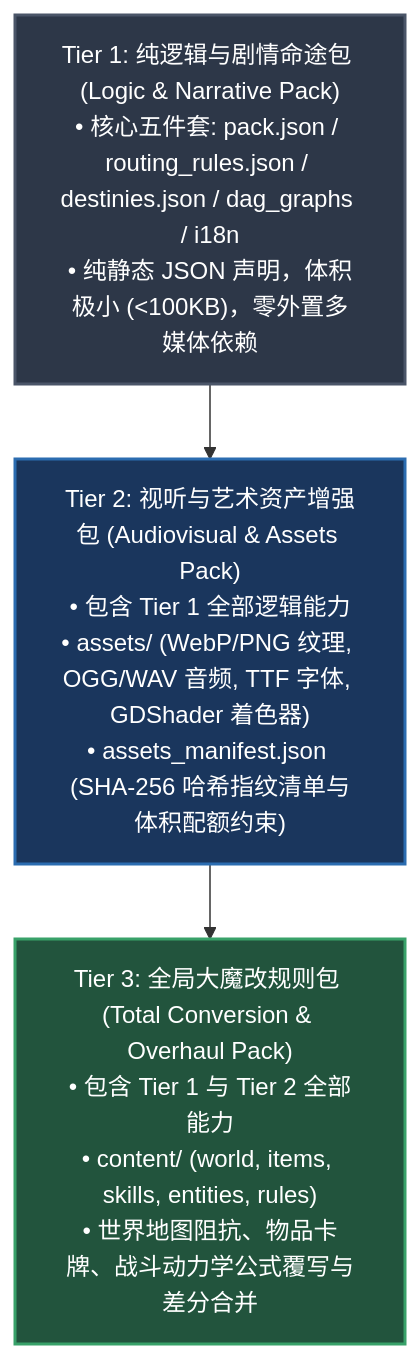
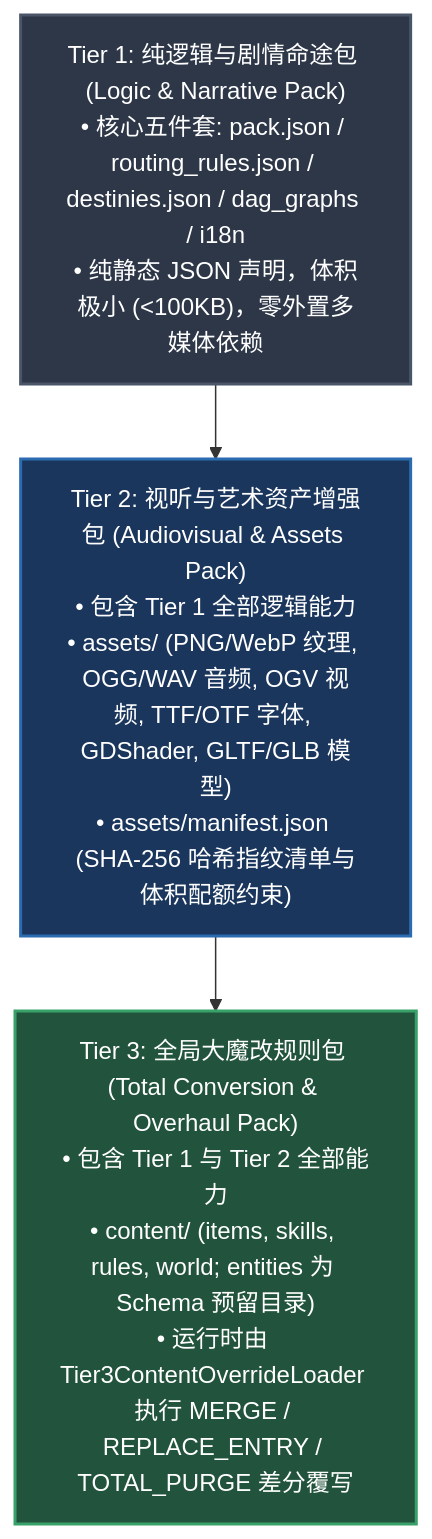
Before and after one commit to guilingzhouyi-creator/vscode-extensions: the first of 2 diagrams in WebGames/mod_sdk/README.md, drawn with Mermaid. The commit also changed other lines of this file and 9 other files, not shown here.

````diff
--- a/WebGames/mod_sdk/README.md
+++ b/WebGames/mod_sdk/README.md
@@ -12,13 +12,13 @@
 ```mermaid
 graph TD
     classDef t1 fill:#2d3748,stroke:#4a5568,stroke-width:2px,color:#fff;
     classDef t2 fill:#1a365d,stroke:#2b6cb0,stroke-width:2px,color:#fff;
     classDef t3 fill:#22543d,stroke:#38a169,stroke-width:2px,color:#fff;
 
     T1["Tier 1: 纯逻辑与剧情命途包 (Logic & Narrative Pack)<br/>• 核心五件套: pack.json / routing_rules.json / destinies.json / dag_graphs / i18n<br/>• 纯静态 JSON 声明，体积极小 (<100KB)，零外置多媒体依赖"]:::t1
-    T2["Tier 2: 视听与艺术资产增强包 (Audiovisual & Assets Pack)<br/>• 包含 Tier 1 全部逻辑能力<br/>• assets/ (WebP/PNG 纹理, OGG/WAV 音频, TTF 字体, GDShader 着色器)<br/>• assets_manifest.json (SHA-256 哈希指纹清单与体积配额约束)"]:::t2
-    T3["Tier 3: 全局大魔改规则包 (Total Conversion & Overhaul Pack)<br/>• 包含 Tier 1 与 Tier 2 全部能力<br/>• content/ (world, items, skills, entities, rules)<br/>• 世界地图阻抗、物品卡牌、战斗动力学公式覆写与差分合并"]:::t3
+    T2["Tier 2: 视听与艺术资产增强包 (Audiovisual & Assets Pack)<br/>• 包含 Tier 1 全部逻辑能力<br/>• assets/ (PNG/WebP 纹理, OGG/WAV 音频, OGV 视频, TTF/OTF 字体, GDShader, GLTF/GLB 模型)<br/>• assets/manifest.json (SHA-256 哈希指纹清单与体积配额约束)"]:::t2
+    T3["Tier 3: 全局大魔改规则包 (Total Conversion & Overhaul Pack)<br/>• 包含 Tier 1 与 Tier 2 全部能力<br/>• content/ (items, skills, rules, world; entities 为 Schema 预留目录)<br/>• 运行时由 Tier3ContentOverrideLoader 执行 MERGE / REPLACE_ENTRY / TOTAL_PURGE 差分覆写"]:::t3
 
     T1 --> T2
     T2 --> T3
 ```
````
